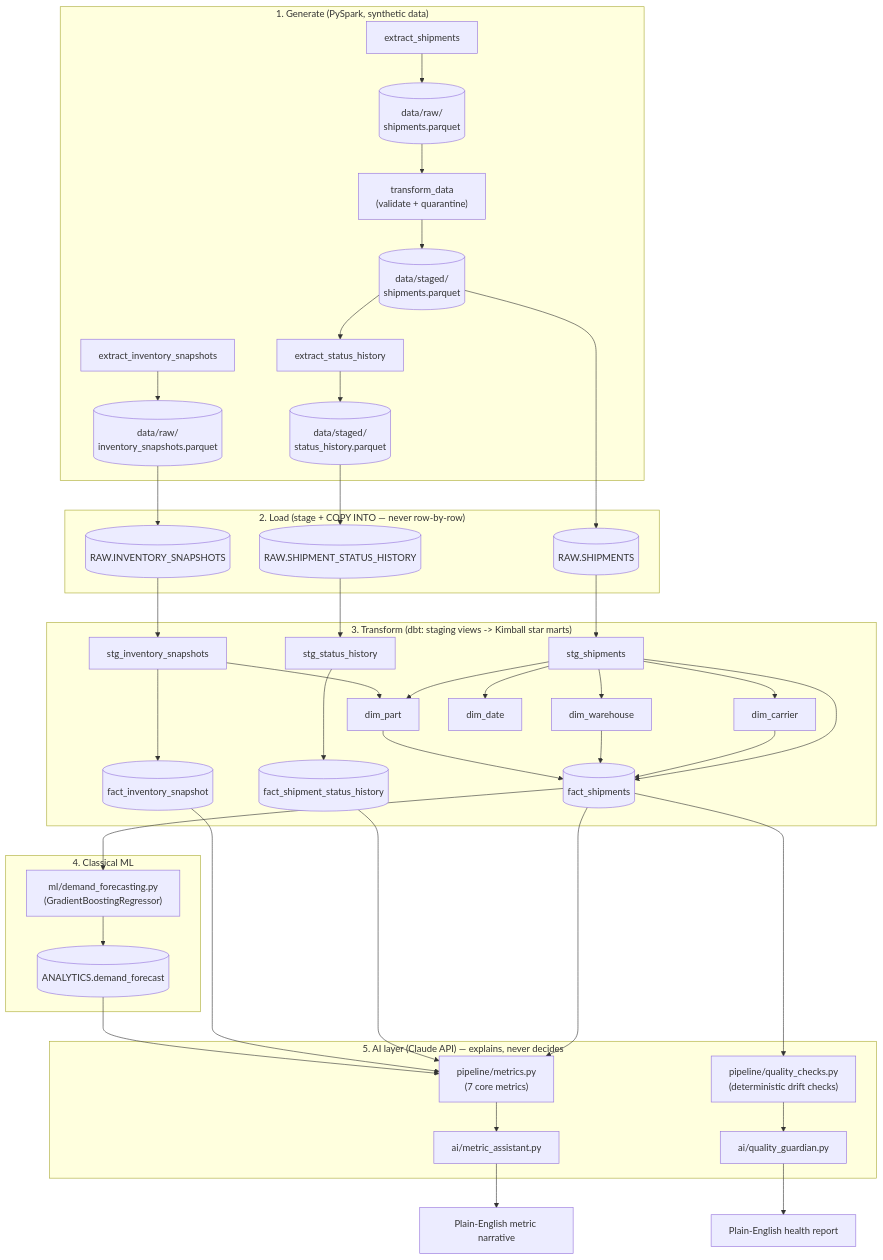
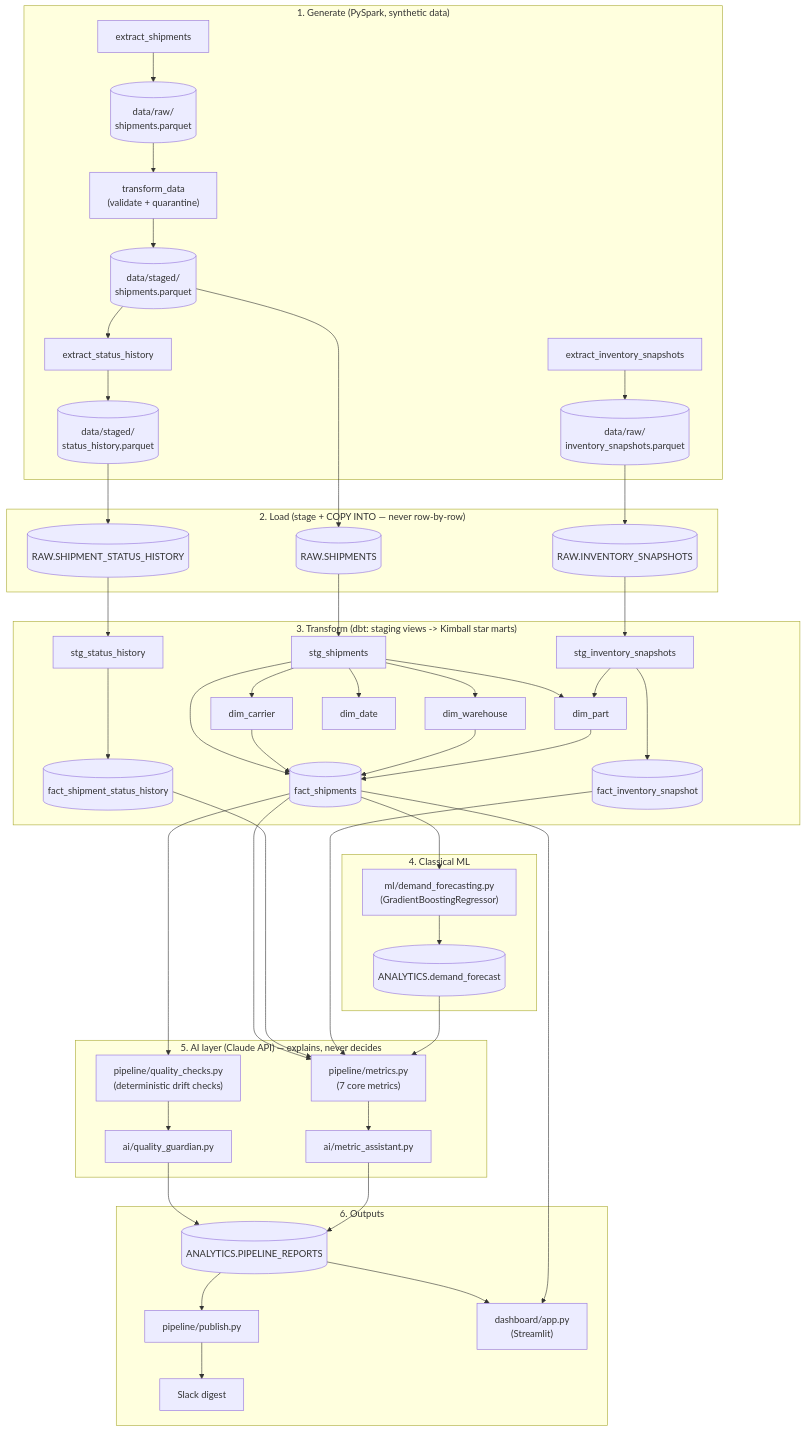
The diagram in README.md (RakshithNarayanaswamy/logistics-ai-quality-guardian-pipeline), drawn with Mermaid before and after one commit. The commit also changed other lines of this file and 10 other files, not shown here.

````diff
--- a/README.md
+++ b/README.md
@@ -30,56 +30,62 @@
 ```mermaid
 flowchart TB
     subgraph GEN["1. Generate (PySpark, synthetic data)"]
         A1["extract_shipments"] --> A2[("data/raw/\nshipments.parquet")]
         A2 --> A3["transform_data\n(validate + quarantine)"]
         A3 --> A4[("data/staged/\nshipments.parquet")]
         A4 --> A5["extract_status_history"]
         A5 --> A6[("data/staged/\nstatus_history.parquet")]
         B1["extract_inventory_snapshots"] --> B2[("data/raw/\ninventory_snapshots.parquet")]
     end
 
     subgraph LOAD["2. Load (stage + COPY INTO — never row-by-row)"]
         A4 --> L1[("RAW.SHIPMENTS")]
         A6 --> L2[("RAW.SHIPMENT_STATUS_HISTORY")]
         B2 --> L3[("RAW.INVENTORY_SNAPSHOTS")]
     end
 
     subgraph DBT["3. Transform (dbt: staging views -> Kimball star marts)"]
         L1 --> S1["stg_shipments"]
         L2 --> S2["stg_status_history"]
         L3 --> S3["stg_inventory_snapshots"]
 
         S1 --> D1["dim_carrier"]
         S1 --> D2["dim_warehouse"]
         S1 --> D3["dim_part"]
         S3 --> D3
         S1 --> D4["dim_date"]
 
         S1 --> F1[("fact_shipments")]
         D1 --> F1
         D2 --> F1
         D3 --> F1
 
         S2 --> F2[("fact_shipment_status_history")]
         S3 --> F3[("fact_inventory_snapshot")]
     end
 
     subgraph ML["4. Classical ML"]
         F1 --> M1["ml/demand_forecasting.py\n(GradientBoostingRegressor)"]
         M1 --> M2[("ANALYTICS.demand_forecast")]
     end
 
     subgraph AI["5. AI layer (Claude API) — explains, never decides"]
         F1 --> Q1["pipeline/quality_checks.py\n(deterministic drift checks)"]
         Q1 --> Q2["ai/quality_guardian.py"]
 
         F1 --> R1["pipeline/metrics.py\n(7 core metrics)"]
         F2 --> R1
         F3 --> R1
         M2 --> R1
         R1 --> R2["ai/metric_assistant.py"]
     end
 
-    Q2 --> OUT1["Plain-English health report"]
-    R2 --> OUT2["Plain-English metric narrative"]
+    subgraph OUT["6. Outputs"]
+        Q2 --> P1[("ANALYTICS.PIPELINE_REPORTS")]
+        R2 --> P1
+        P1 --> P2["pipeline/publish.py"]
+        P2 --> P3["Slack digest"]
+        P1 --> P4["dashboard/app.py\n(Streamlit)"]
+        F1 --> P4
+    end
 ```
````
